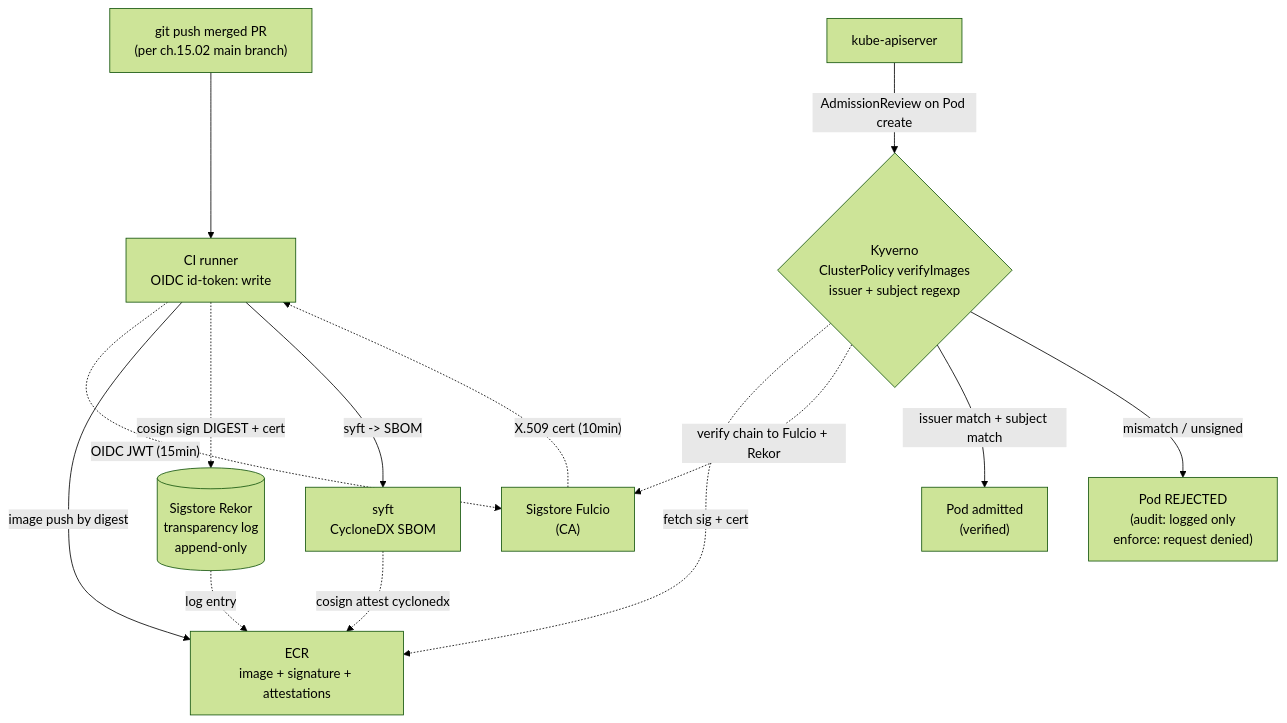
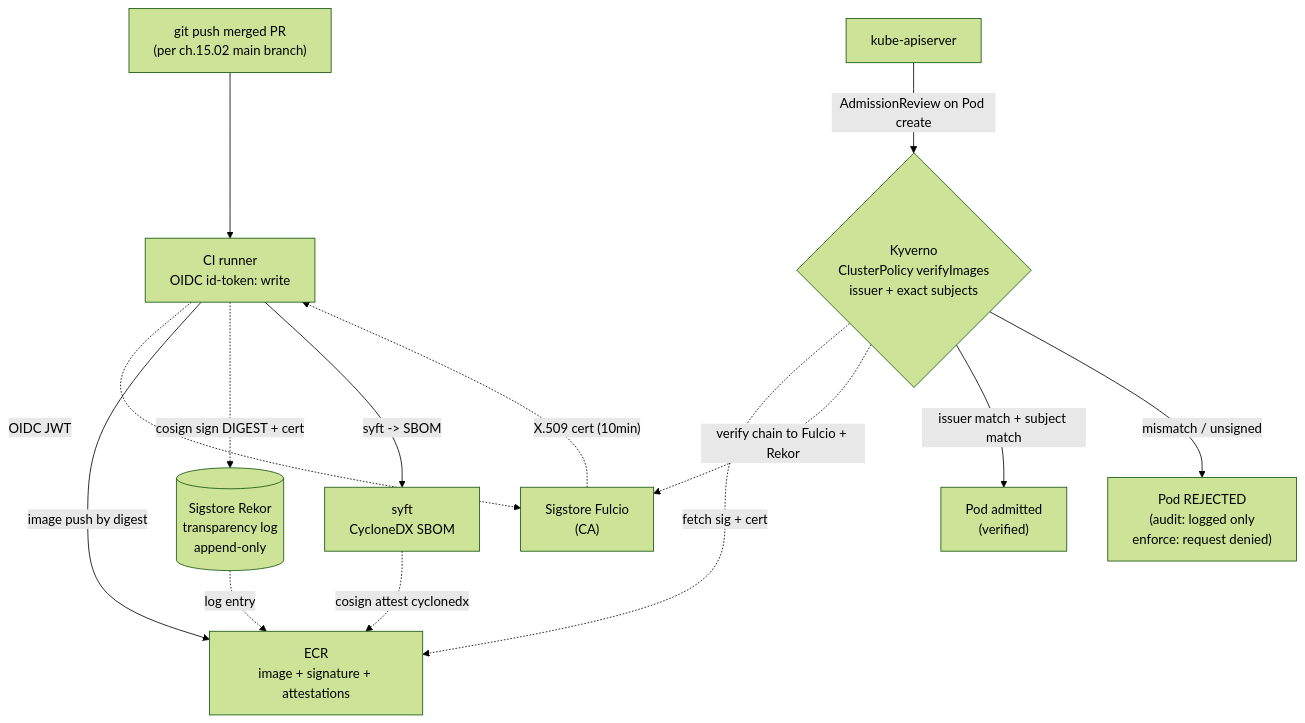
Before and after one commit to abd-ulbasit/bookstore-kubernetes-guide: the diagram in full-guide/15-day-to-day-production-ops/03-image-signing-and-provenance.md, drawn with Mermaid (forest theme). The commit also changed other lines of this file and 7 other files, not shown here.

````diff
--- a/full-guide/15-day-to-day-production-ops/03-image-signing-and-provenance.md
+++ b/full-guide/15-day-to-day-production-ops/03-image-signing-and-provenance.md
@@ -159,28 +153,28 @@
 ```mermaid
 flowchart TD
     push["git push merged PR<br/>(per ch.15.02 main branch)"]
     runner["CI runner<br/>OIDC id-token: write"]
     fulcio["Sigstore Fulcio<br/>(CA)"]
     rekor[("Sigstore Rekor<br/>transparency log<br/>append-only")]
     ecr["ECR<br/>image + signature + attestations"]
     syft["syft<br/>CycloneDX SBOM"]
     apiserver["kube-apiserver"]
-    kyverno{"Kyverno<br/>ClusterPolicy verifyImages<br/>issuer + subject regexp"}
+    kyverno{"Kyverno<br/>ClusterPolicy verifyImages<br/>issuer + exact subjects"}
     pod["Pod admitted<br/>(verified)"]
     reject["Pod REJECTED<br/>(audit: logged only<br/>enforce: request denied)"]
 
     push --> runner
-    runner -.->|"OIDC JWT (15min)"| fulcio
+    runner -.->|"OIDC JWT"| fulcio
     fulcio -.->|"X.509 cert (10min)"| runner
     runner -->|"image push by digest"| ecr
     runner -.->|"cosign sign DIGEST + cert"| rekor
     rekor -.->|"log entry"| ecr
     runner -->|"syft -> SBOM"| syft
     syft -.->|"cosign attest cyclonedx"| ecr
 
     apiserver -->|"AdmissionReview on Pod create"| kyverno
     kyverno -.->|"fetch sig + cert"| ecr
     kyverno -.->|"verify chain to Fulcio + Rekor"| fulcio
     kyverno -- "issuer match + subject match" --> pod
     kyverno -- "mismatch / unsigned" --> reject
 ```
````
